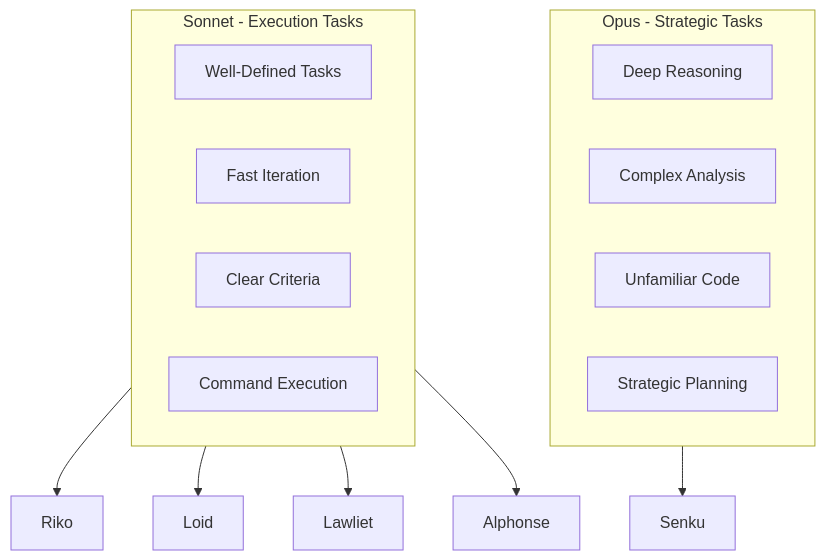
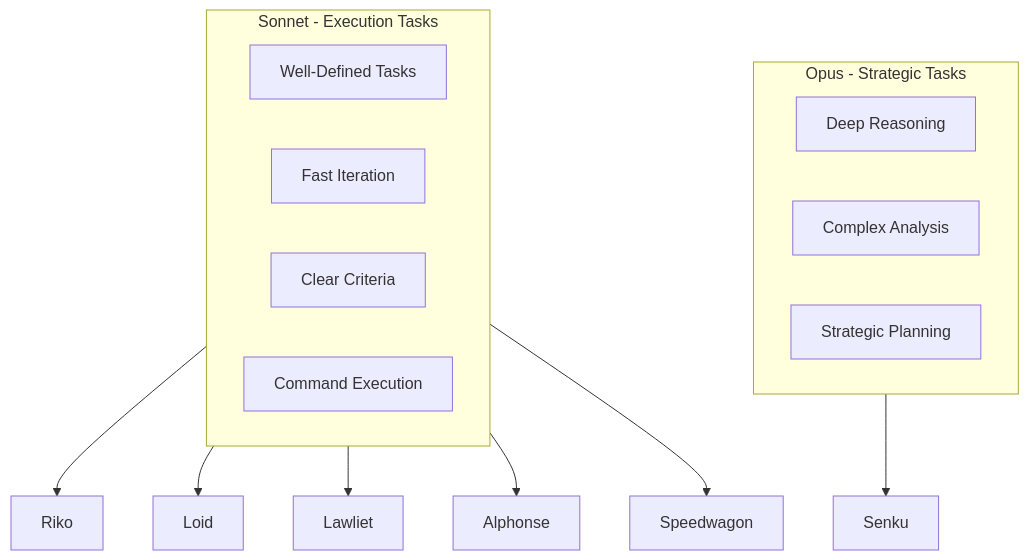
The diagram in docs/concepts/agent-specialization.md (josix/agent-flow), drawn with Mermaid before and after one commit. The commit also changed other lines of this file and 29 other files, not shown here.

````diff
--- a/docs/concepts/agent-specialization.md
+++ b/docs/concepts/agent-specialization.md
@@ -138,21 +147,20 @@
 ```mermaid
 flowchart TB
     subgraph Opus["Opus - Strategic Tasks"]
         direction LR
         O1["Deep Reasoning"]
         O2["Complex Analysis"]
-        O3["Unfamiliar Code"]
         O4["Strategic Planning"]
     end
 
     subgraph Sonnet["Sonnet - Execution Tasks"]
         direction LR
         S1["Well-Defined Tasks"]
         S2["Fast Iteration"]
         S3["Clear Criteria"]
         S4["Command Execution"]
     end
 
     Opus --> SK[Senku]
-    Sonnet --> R[Riko] & L[Loid] & LW[Lawliet] & A[Alphonse]
+    Sonnet --> R[Riko] & L[Loid] & LW[Lawliet] & A[Alphonse] & SW[Speedwagon]
 ```
````
